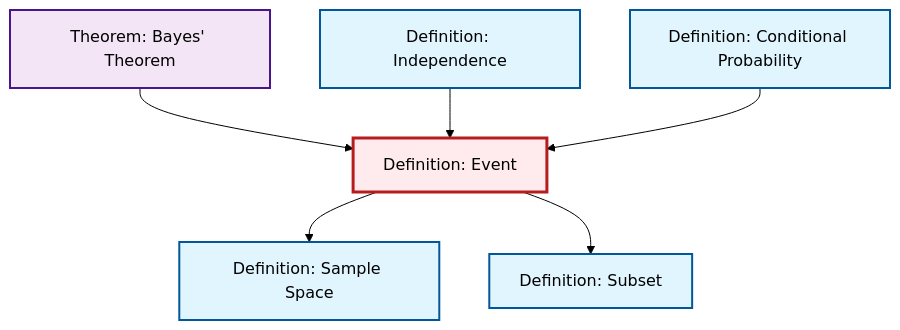
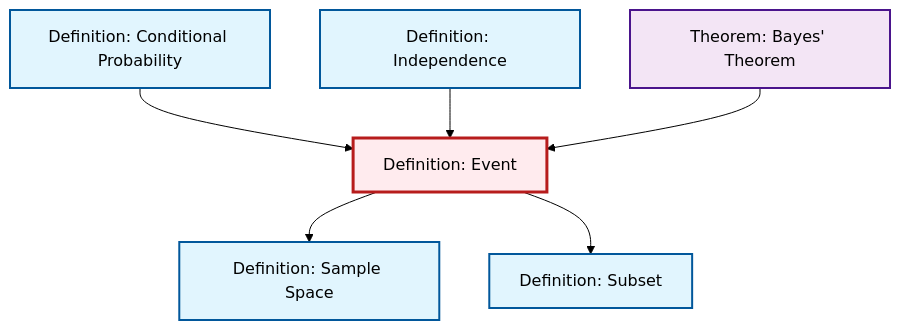
One commit to RK0429/ModernMath changed the diagram in output/mermaid/def-event.mermaid. Above: the diagram before and after it, drawn with Mermaid (forest theme). The commit also changed other lines of this file and 497 other files, not shown here.

```diff
--- a/output/mermaid/def-event.mermaid
+++ b/output/mermaid/def-event.mermaid
@@ -1,19 +1,19 @@
 %%| fig-cap: "Local dependency graph"
 graph TD
     classDef definition fill:#e1f5fe,stroke:#01579b,stroke-width:2px
     classDef theorem fill:#f3e5f5,stroke:#4a148c,stroke-width:2px
     classDef axiom fill:#fff3e0,stroke:#e65100,stroke-width:2px
     classDef example fill:#e8f5e9,stroke:#1b5e20,stroke-width:2px
     classDef current fill:#ffebee,stroke:#b71c1c,stroke-width:3px
+    def-subset["Definition: Subset"]:::definition
+    def-conditional-probability["Definition: Conditional Probability"]:::definition
+    def-event["Definition: Event"]:::definition
+    def-sample-space["Definition: Sample Space"]:::definition
     thm-bayes["Theorem: Bayes' Theorem"]:::theorem
-    def-conditional-probability["Definition: Conditional Probability"]:::definition
-    def-sample-space["Definition: Sample Space"]:::definition
-    def-event["Definition: Event"]:::definition
     def-independence["Definition: Independence"]:::definition
-    def-subset["Definition: Subset"]:::definition
+    def-conditional-probability --> def-event
+    def-independence --> def-event
     thm-bayes --> def-event
-    def-independence --> def-event
-    def-conditional-probability --> def-event
     def-event --> def-sample-space
     def-event --> def-subset
     class def-event current
```
